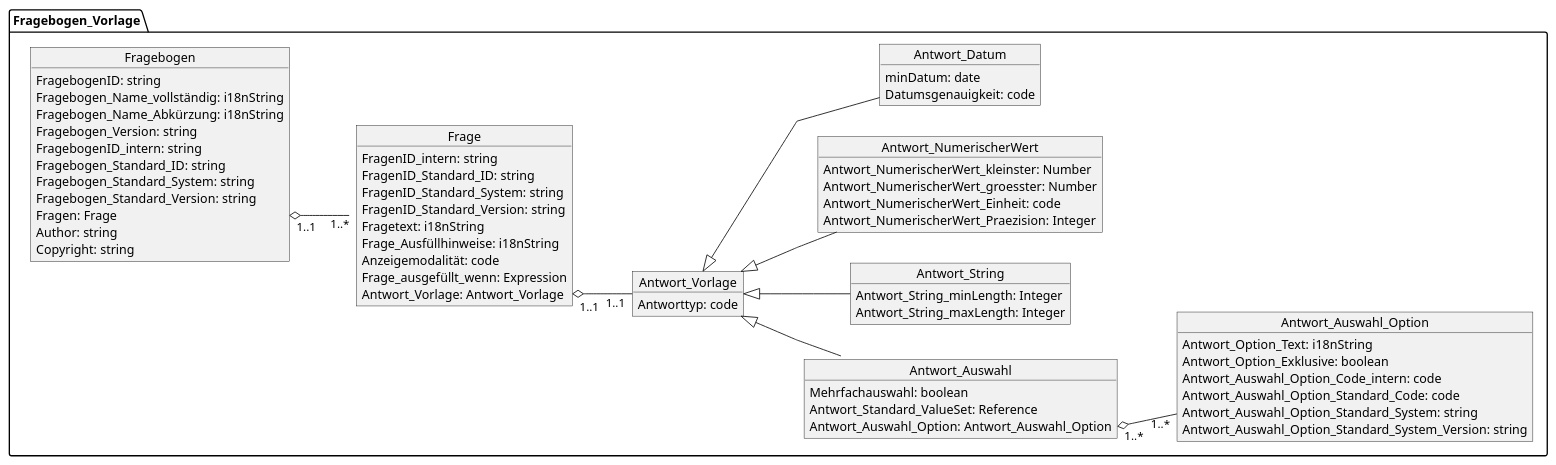
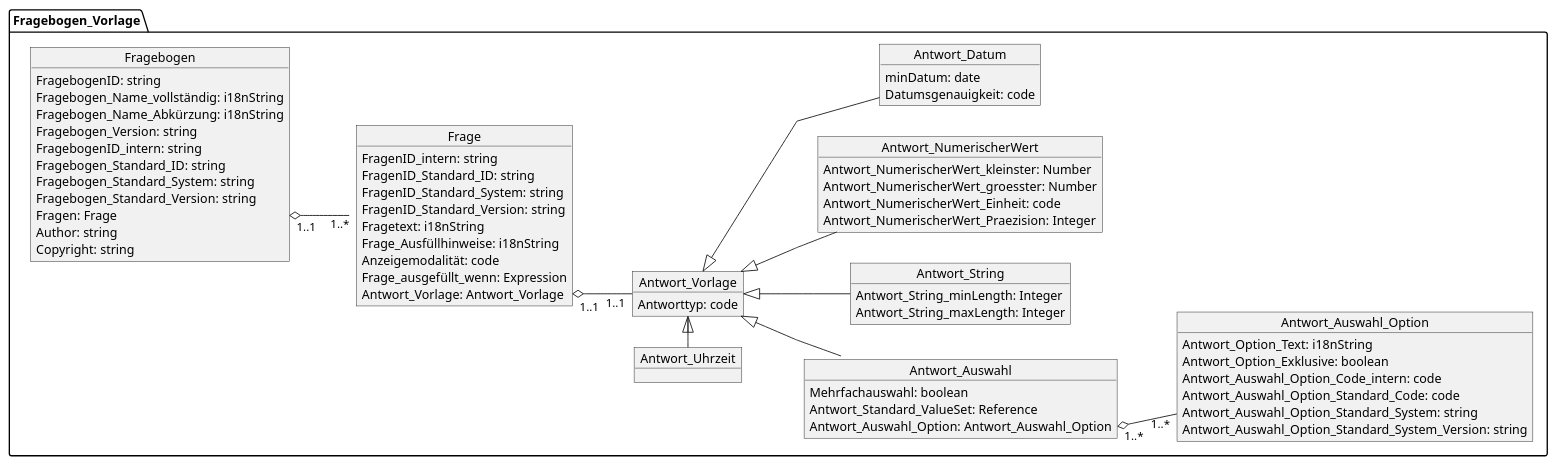
The diagram in input/Images/Logical_Model_UML_Questionnaire.pu (medizininformatik-initiative/kerndatensatzmodul-proms), drawn with PlantUML before and after one commit. The commit also changed 8 other files, not shown here.

```diff
--- a/input/Images/Logical_Model_UML_Questionnaire.pu
+++ b/input/Images/Logical_Model_UML_Questionnaire.pu
@@ -1,93 +1,97 @@
 @startuml MII_PRO_Fragebögen
 skinparam linetype ortho
 skinparam linetype polyline
 left to right direction
 
 
 
 package Fragebogen_Vorlage {
     object Fragebogen {
         FragebogenID: string
         Fragebogen_Name_vollständig: i18nString
         Fragebogen_Name_Abkürzung: i18nString
         Fragebogen_Version: string
         FragebogenID_intern: string
         Fragebogen_Standard_ID: string
         Fragebogen_Standard_System: string
         Fragebogen_Standard_Version: string
         Fragen: Frage
         Author: string
 
         Copyright: string
 
 
     }
     object Frage{
 
         FragenID_intern: string
         FragenID_Standard_ID: string
         FragenID_Standard_System: string
         FragenID_Standard_Version: string
         Fragetext: i18nString
         Frage_Ausfüllhinweise: i18nString
         Anzeigemodalität: code
         Frage_ausgefüllt_wenn: Expression
         Antwort_Vorlage: Antwort_Vorlage
 
     }
 
 
 
     Fragebogen::Frage "1..1" o-down- "1..*" Frage
 
     object Antwort_Vorlage {
         Antworttyp: code
     }
     Frage::Antwort_Vorlage "1..1"  o-down- "1..1" Antwort_Vorlage
 
     object Antwort_Auswahl {
         Mehrfachauswahl: boolean
         Antwort_Standard_ValueSet: Reference
         Antwort_Auswahl_Option: Antwort_Auswahl_Option
     }
 
     object Antwort_String {
         Antwort_String_minLength: Integer
         Antwort_String_maxLength: Integer
     }
     Antwort_Vorlage <|-down- Antwort_String
 
 
     object Antwort_NumerischerWert {
         Antwort_NumerischerWert_kleinster: Number
         Antwort_NumerischerWert_groesster: Number
         Antwort_NumerischerWert_Einheit: code
         Antwort_NumerischerWert_Praezision: Integer
 
     }
     Antwort_Vorlage <|-down- Antwort_NumerischerWert
 
 
+
     object Antwort_Datum {
         minDatum: date
         Datumsgenauigkeit: code
     }
+    object Antwort_Uhrzeit {
+        }
     Antwort_Vorlage <|-down- Antwort_Datum
 
     object Antwort_Auswahl_Option {
         Antwort_Option_Text: i18nString
         Antwort_Option_Exklusive: boolean
         Antwort_Auswahl_Option_Code_intern: code
         Antwort_Auswahl_Option_Standard_Code: code
         Antwort_Auswahl_Option_Standard_System: string
         Antwort_Auswahl_Option_Standard_System_Version: string
 
     }
 
     Antwort_Vorlage  <|-down-  Antwort_Auswahl
     Antwort_Auswahl::Antwort_Auswahl_Option "1..*" o-down- "1..*" Antwort_Auswahl_Option
+    Antwort_Vorlage <|-left- Antwort_Uhrzeit
 
 
 }
 
 @enduml
```
